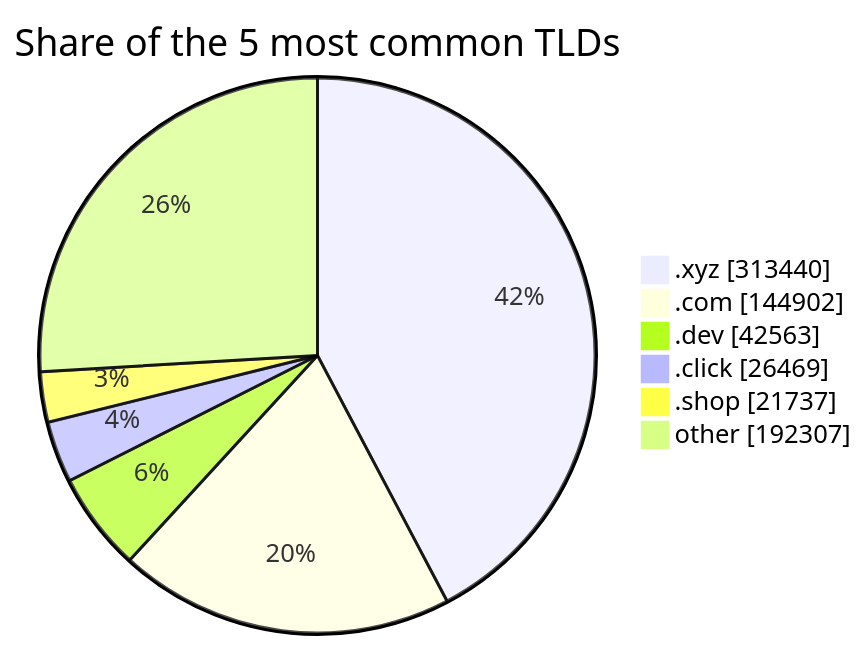
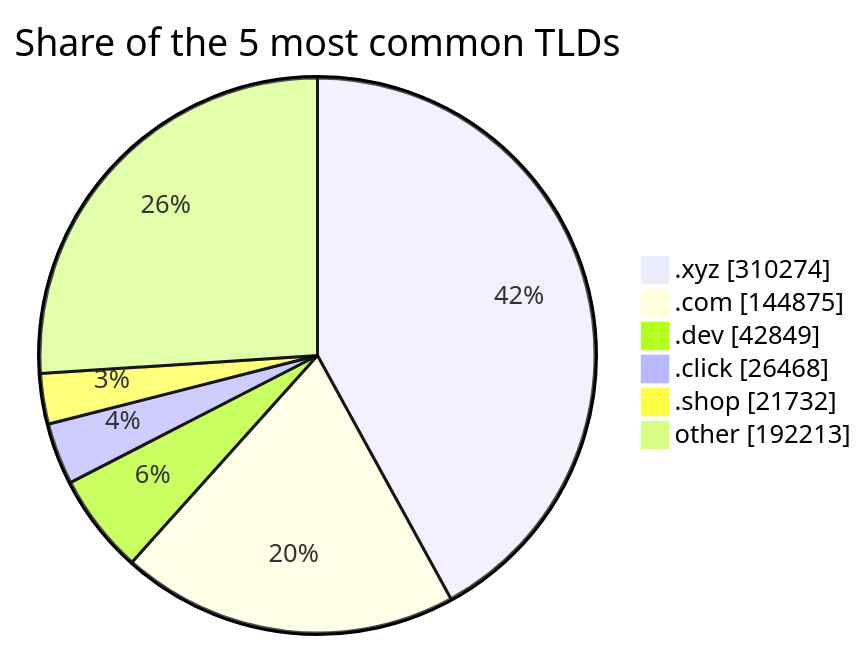
The third of 3 diagrams in README.md (DNSBunker/CTI), drawn with Mermaid before and after one commit. The commit also changed other lines of this file and 3 other files, not shown here.

````diff
--- a/README.md
+++ b/README.md
@@ -81,9 +81,9 @@
 ```mermaid
 pie showData title Share of the 5 most common TLDs
-    ".xyz" : 313440
-    ".com" : 144902
-    ".dev" : 42563
-    ".click" : 26469
-    ".shop" : 21737
-    "other" : 192307
+    ".xyz" : 310274
+    ".com" : 144875
+    ".dev" : 42849
+    ".click" : 26468
+    ".shop" : 21732
+    "other" : 192213
 ```
````
